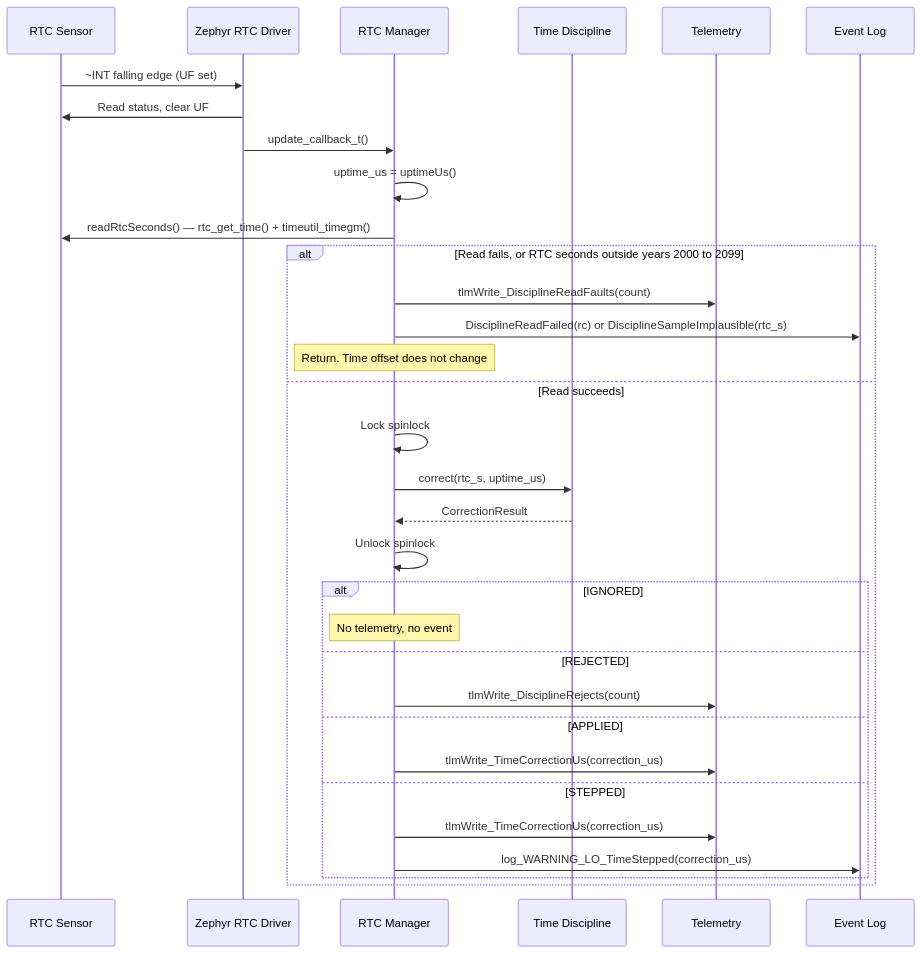
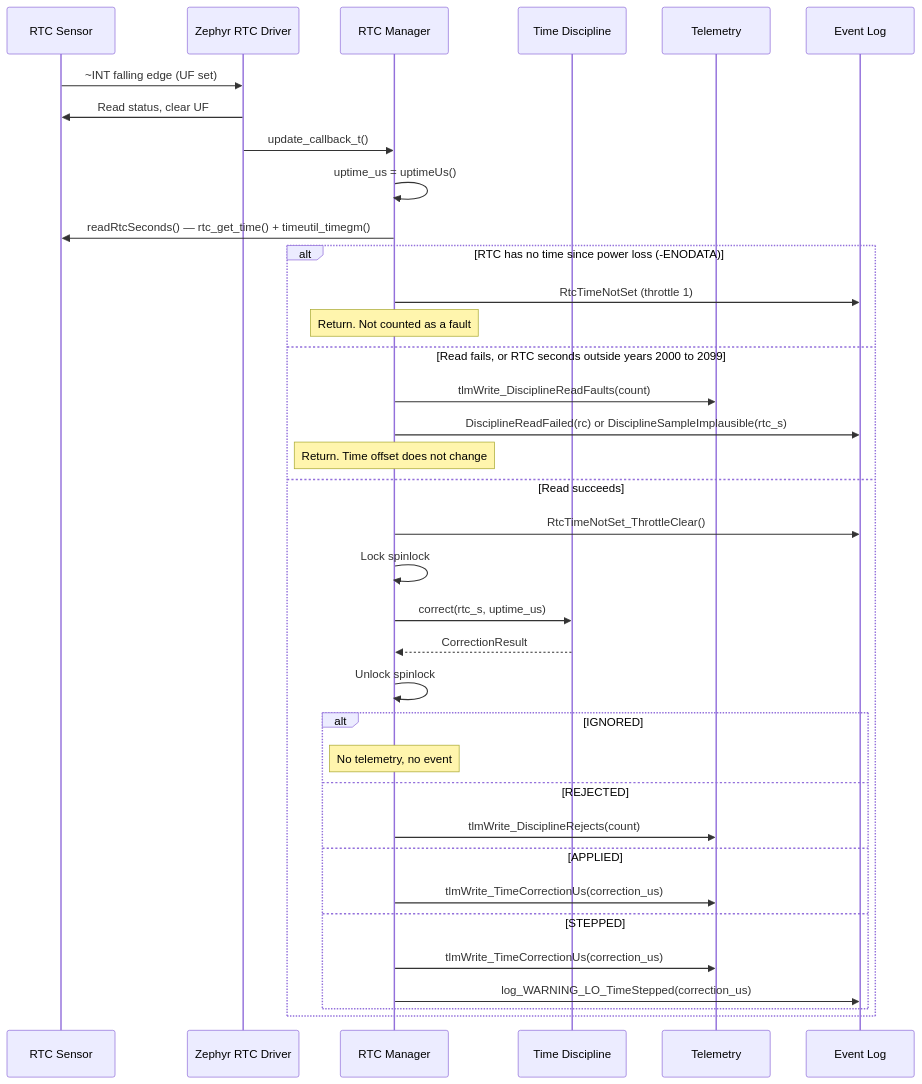
One commit to Open-Source-Space-Foundation/proves-core-reference changed the fifth of 18 diagrams in docs-site/components/RtcManager.md. Above: the diagram before and after it, drawn with Mermaid. The commit also changed other lines of this file and 4 other files, not shown here.

Commit message:
fix(rtc): don't count an unset RTC as a discipline read fault (#555) (#556)

````diff
--- a/docs-site/components/RtcManager.md
+++ b/docs-site/components/RtcManager.md
@@ -353,35 +355,39 @@
 ```mermaid
 sequenceDiagram
     participant RTC Sensor
     participant Zephyr RTC Driver
     participant RTC Manager
     participant Time Discipline
     participant Telemetry
     participant Event Log
 
     RTC Sensor->>Zephyr RTC Driver: ~INT falling edge (UF set)
     Zephyr RTC Driver->>RTC Sensor: Read status, clear UF
     Zephyr RTC Driver->>RTC Manager: update_callback_t()
     RTC Manager->>RTC Manager: uptime_us = uptimeUs()
     RTC Manager->>RTC Sensor: readRtcSeconds() — rtc_get_time() + timeutil_timegm()
-    alt Read fails, or RTC seconds outside years 2000 to 2099
+    alt RTC has no time since power loss (-ENODATA)
+        RTC Manager->>Event Log: RtcTimeNotSet (throttle 1)
+        Note over RTC Manager: Return. Not counted as a fault
+    else Read fails, or RTC seconds outside years 2000 to 2099
         RTC Manager->>Telemetry: tlmWrite_DisciplineReadFaults(count)
         RTC Manager->>Event Log: DisciplineReadFailed(rc) or DisciplineSampleImplausible(rtc_s)
         Note over RTC Manager: Return. Time offset does not change
     else Read succeeds
+        RTC Manager->>Event Log: RtcTimeNotSet_ThrottleClear()
         RTC Manager->>RTC Manager: Lock spinlock
         RTC Manager->>Time Discipline: correct(rtc_s, uptime_us)
         Time Discipline-->>RTC Manager: CorrectionResult
         RTC Manager->>RTC Manager: Unlock spinlock
         alt IGNORED
             Note over RTC Manager: No telemetry, no event
         else REJECTED
             RTC Manager->>Telemetry: tlmWrite_DisciplineRejects(count)
         else APPLIED
             RTC Manager->>Telemetry: tlmWrite_TimeCorrectionUs(correction_us)
         else STEPPED
             RTC Manager->>Telemetry: tlmWrite_TimeCorrectionUs(correction_us)
             RTC Manager->>Event Log: log_WARNING_LO_TimeStepped(correction_us)
         end
     end
 ```
````
